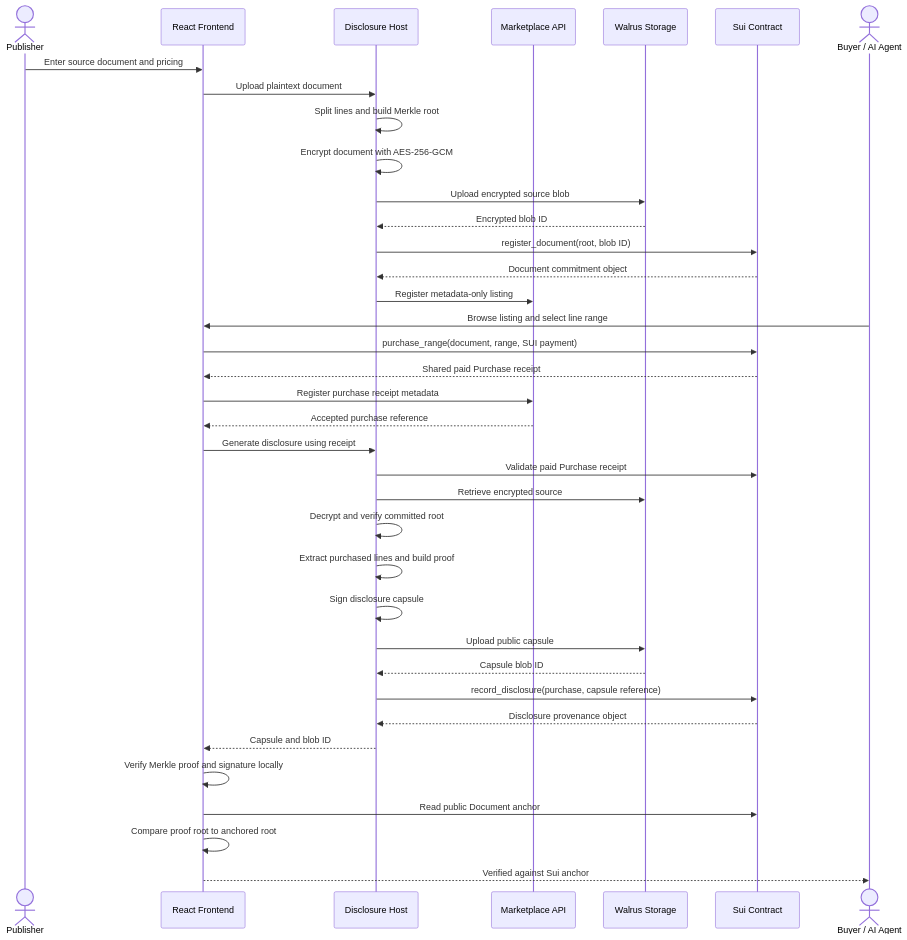
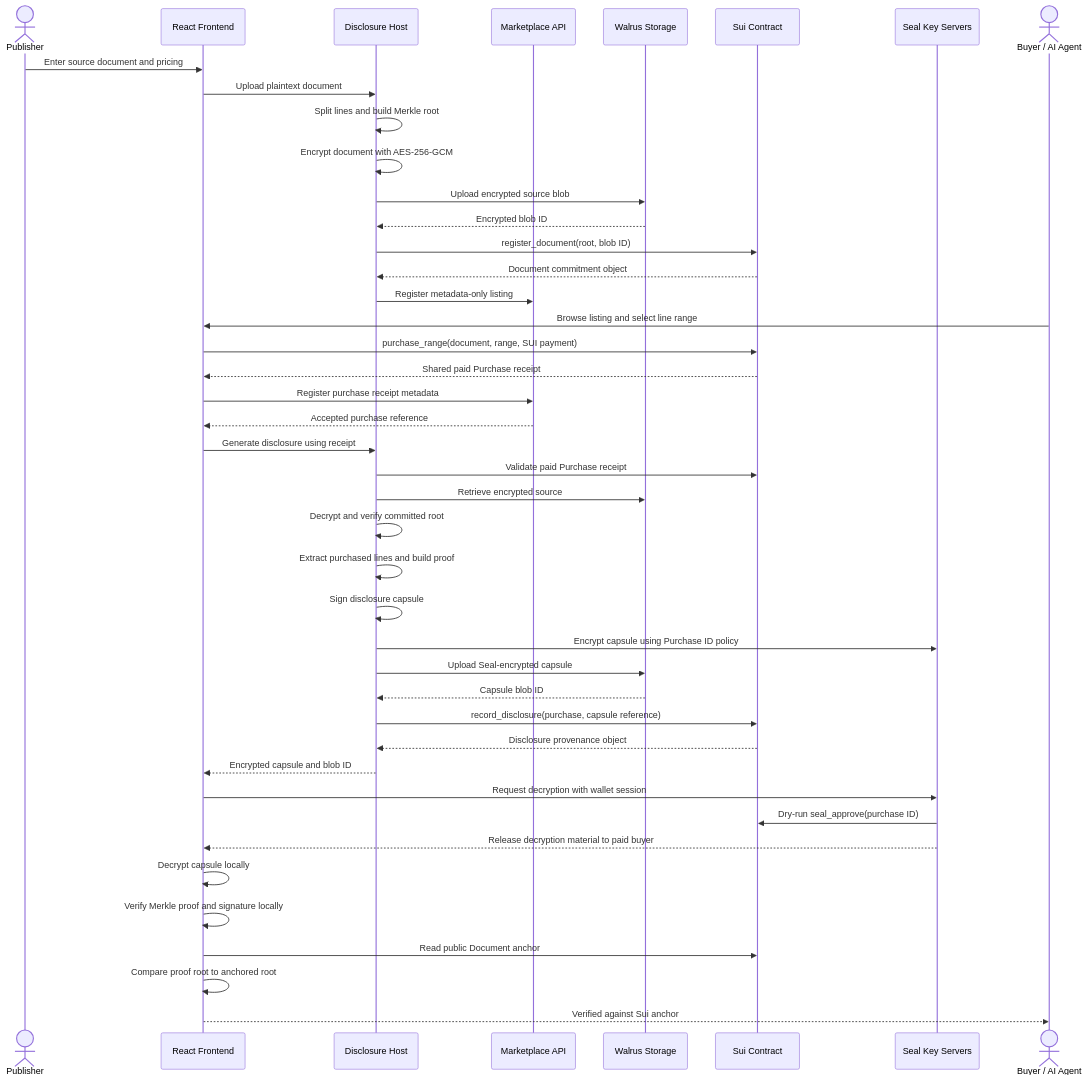
The diagram in README.md (0xr10t/capsule), drawn with Mermaid before and after one commit. The commit also changed other lines of this file and 6 other files, not shown here.

Commit message:
docs: record live Seal capsule validation

````diff
--- a/README.md
+++ b/README.md
@@ -53,42 +54,48 @@
 ```mermaid
 sequenceDiagram
     actor Publisher
     participant UI as React Frontend
     participant Host as Disclosure Host
     participant Market as Marketplace API
     participant Walrus as Walrus Storage
     participant Sui as Sui Contract
+    participant Seal as Seal Key Servers
     actor Buyer as Buyer / AI Agent
 
     Publisher->>UI: Enter source document and pricing
     UI->>Host: Upload plaintext document
     Host->>Host: Split lines and build Merkle root
     Host->>Host: Encrypt document with AES-256-GCM
     Host->>Walrus: Upload encrypted source blob
     Walrus-->>Host: Encrypted blob ID
     Host->>Sui: register_document(root, blob ID)
     Sui-->>Host: Document commitment object
     Host->>Market: Register metadata-only listing
 
     Buyer->>UI: Browse listing and select line range
     UI->>Sui: purchase_range(document, range, SUI payment)
     Sui-->>UI: Shared paid Purchase receipt
     UI->>Market: Register purchase receipt metadata
     Market-->>UI: Accepted purchase reference
     UI->>Host: Generate disclosure using receipt
     Host->>Sui: Validate paid Purchase receipt
     Host->>Walrus: Retrieve encrypted source
     Host->>Host: Decrypt and verify committed root
     Host->>Host: Extract purchased lines and build proof
     Host->>Host: Sign disclosure capsule
-    Host->>Walrus: Upload public capsule
+    Host->>Seal: Encrypt capsule using Purchase ID policy
+    Host->>Walrus: Upload Seal-encrypted capsule
     Walrus-->>Host: Capsule blob ID
     Host->>Sui: record_disclosure(purchase, capsule reference)
     Sui-->>Host: Disclosure provenance object
-    Host-->>UI: Capsule and blob ID
+    Host-->>UI: Encrypted capsule and blob ID
 
+    UI->>Seal: Request decryption with wallet session
+    Seal->>Sui: Dry-run seal_approve(purchase ID)
+    Seal-->>UI: Release decryption material to paid buyer
+    UI->>UI: Decrypt capsule locally
     UI->>UI: Verify Merkle proof and signature locally
     UI->>Sui: Read public Document anchor
     UI->>UI: Compare proof root to anchored root
     UI-->>Buyer: Verified against Sui anchor
 ```
````
